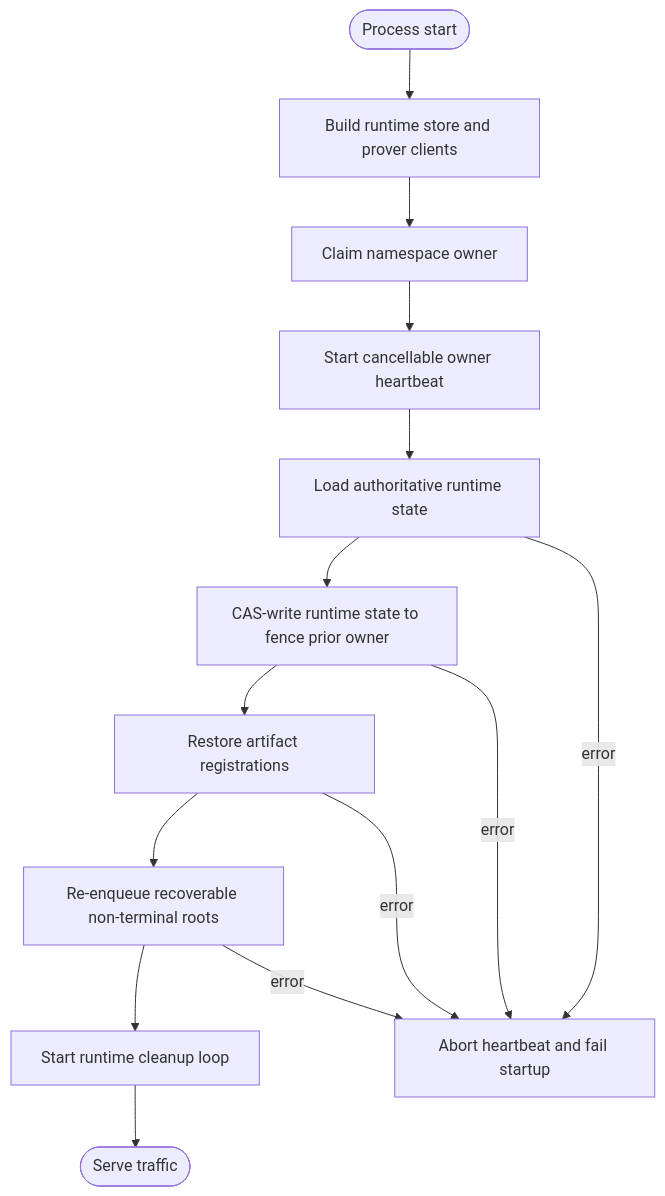
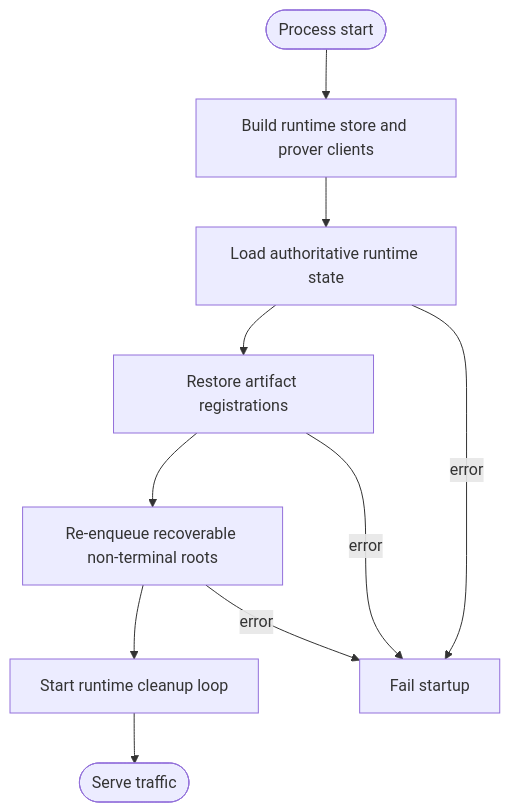
One commit to taikoxyz/raiko2 changed the third of 10 diagrams in docs/architecture.md. Above: the diagram before and after it, drawn with Mermaid. The commit also changed other lines of this file and 29 other files, not shown here.

````diff
--- a/docs/architecture.md
+++ b/docs/architecture.md
@@ -139,17 +147,13 @@
 ```mermaid
 flowchart TD
   Start([Process start]) --> Build[Build runtime store and prover clients]
-  Build --> Claim[Claim namespace owner]
-  Claim --> Heartbeat[Start cancellable owner heartbeat]
-  Heartbeat --> Load[Load authoritative runtime state]
-  Load --> Fence[CAS-write runtime state to fence prior owner]
-  Fence --> Restore[Restore artifact registrations]
+  Build --> Load[Load authoritative runtime state]
+  Load --> Restore[Restore artifact registrations]
   Restore --> Recover[Re-enqueue recoverable non-terminal roots]
   Recover --> Cleanup[Start runtime cleanup loop]
   Cleanup --> Serve([Serve traffic])
 
-  Load -->|error| Abort[Abort heartbeat and fail startup]
-  Fence -->|error| Abort
+  Load -->|error| Abort[Fail startup]
   Restore -->|error| Abort
   Recover -->|error| Abort
 ```
````
